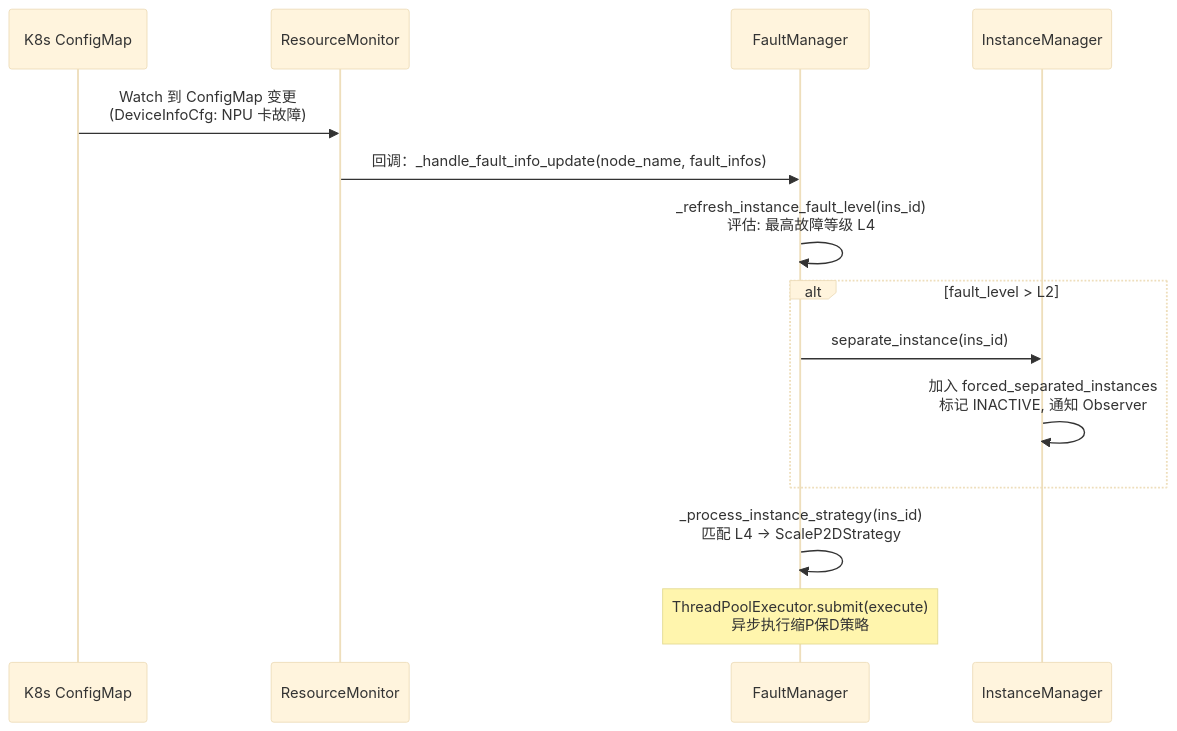
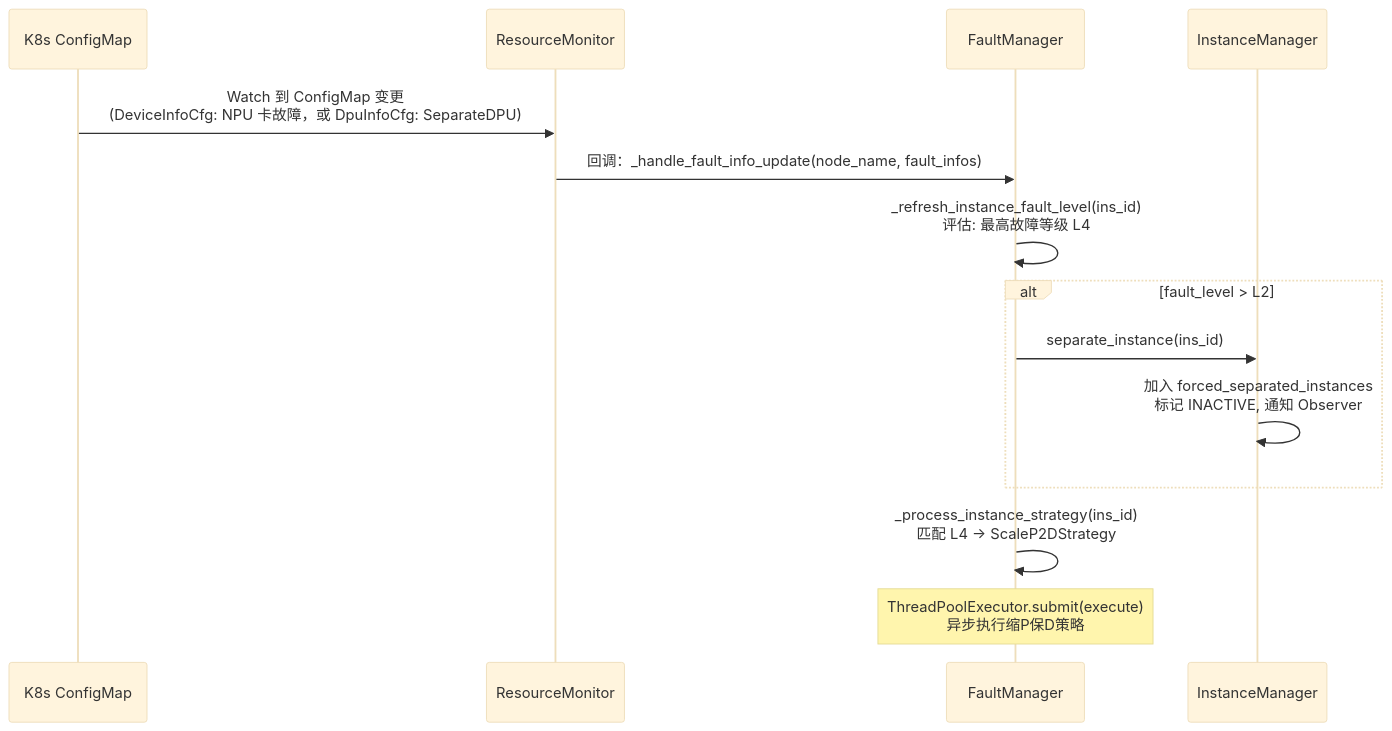
Before and after one commit to Ascend/MindIE-Motor: the eighth of 10 diagrams in docs/zh/developer_guide/components/controller.md, drawn with Mermaid (base theme). The commit also changed other lines of this file and 2 other files, not shown here.

First paragraph of the commit message:
[docs] 将 DPU 与 NPU 故障感知说明放在同一章节

````diff
--- a/docs/zh/developer_guide/components/controller.md
+++ b/docs/zh/developer_guide/components/controller.md
@@ -308,17 +308,17 @@
 ```mermaid
 sequenceDiagram
     participant K8s as K8s ConfigMap
     participant RM as ResourceMonitor
     participant FM as FaultManager
     participant IM as InstanceManager
 
-    K8s->>RM: Watch 到 ConfigMap 变更<br/>(DeviceInfoCfg: NPU 卡故障)
+    K8s->>RM: Watch 到 ConfigMap 变更<br/>(DeviceInfoCfg: NPU 卡故障，或 DpuInfoCfg: SeparateDPU)
     RM->>FM: 回调：_handle_fault_info_update(node_name, fault_infos)
     FM->>FM: _refresh_instance_fault_level(ins_id)<br/>评估: 最高故障等级 L4
     alt fault_level > L2
         FM->>IM: separate_instance(ins_id)
         IM->>IM: 加入 forced_separated_instances<br/>标记 INACTIVE, 通知 Observer
     end
     FM->>FM: _process_instance_strategy(ins_id)<br/>匹配 L4 → ScaleP2DStrategy
     Note over FM: ThreadPoolExecutor.submit(execute)<br/>异步执行缩P保D策略
 ```
````
